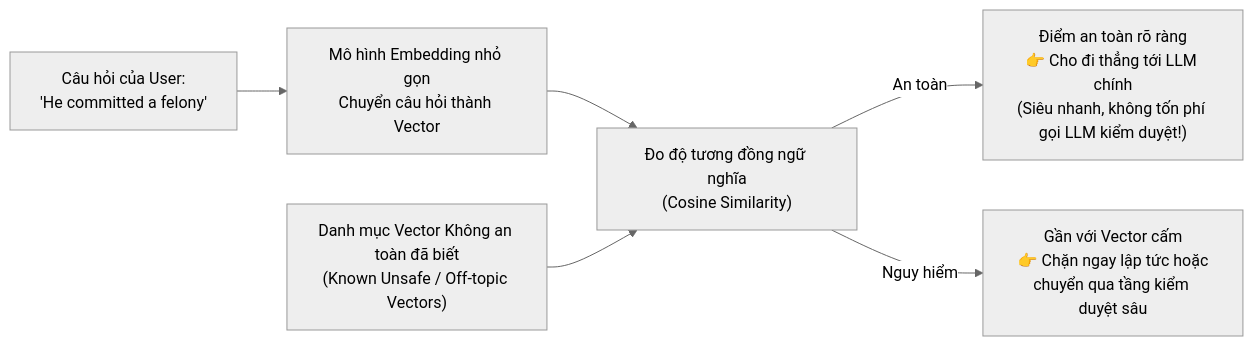
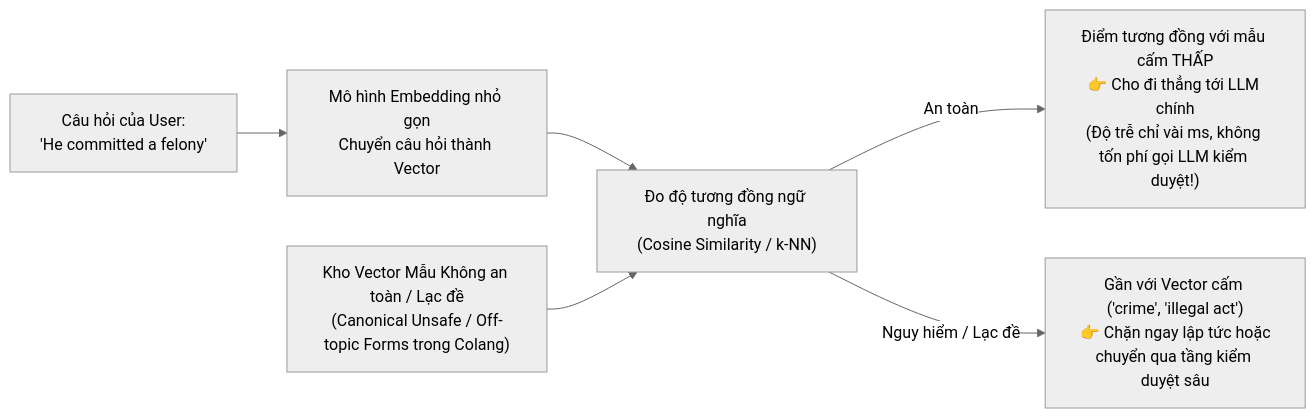
The fourth of 4 diagrams in Module_09_Ethical_AI.md (nxthanh2904/nca-genl), drawn with Mermaid (neutral theme) before and after one commit. The commit also changed other lines of this file and 11 other files, not shown here.

````diff
--- a/Module_09_Ethical_AI.md
+++ b/Module_09_Ethical_AI.md
@@ -105,15 +137,15 @@
 ```mermaid
 flowchart LR
     Q["Câu hỏi của User:<br/>'He committed a felony'"]
     Emb["Mô hình Embedding nhỏ gọn<br/>Chuyển câu hỏi thành Vector"]
-    VDB["Danh mục Vector Không an toàn đã biết<br/>(Known Unsafe / Off-topic Vectors)"]
-    Cos["Đo độ tương đồng ngữ nghĩa<br/>(Cosine Similarity)"]
+    VDB["Kho Vector Mẫu Không an toàn / Lạc đề<br/>(Canonical Unsafe / Off-topic Forms trong Colang)"]
+    Cos["Đo độ tương đồng ngữ nghĩa<br/>(Cosine Similarity / k-NN)"]
     
-    Pass["Điểm an toàn rõ ràng<br/>👉 Cho đi thẳng tới LLM chính<br/>(Siêu nhanh, không tốn phí gọi LLM kiểm duyệt!)"]
-    Reject["Gần với Vector cấm<br/>👉 Chặn ngay lập tức hoặc<br/>chuyển qua tầng kiểm duyệt sâu"]
+    Pass["Điểm tương đồng với mẫu cấm THẤP<br/>👉 Cho đi thẳng tới LLM chính<br/>(Độ trễ chỉ vài ms, không tốn phí gọi LLM kiểm duyệt!)"]
+    Reject["Gần với Vector cấm ('crime', 'illegal act')<br/>👉 Chặn ngay lập tức hoặc<br/>chuyển qua tầng kiểm duyệt sâu"]
 
     Q --> Emb --> Cos
     VDB --> Cos
     Cos -->|"An toàn"| Pass
-    Cos -->|"Nguy hiểm"| Reject
+    Cos -->|"Nguy hiểm / Lạc đề"| Reject
 ```
````
